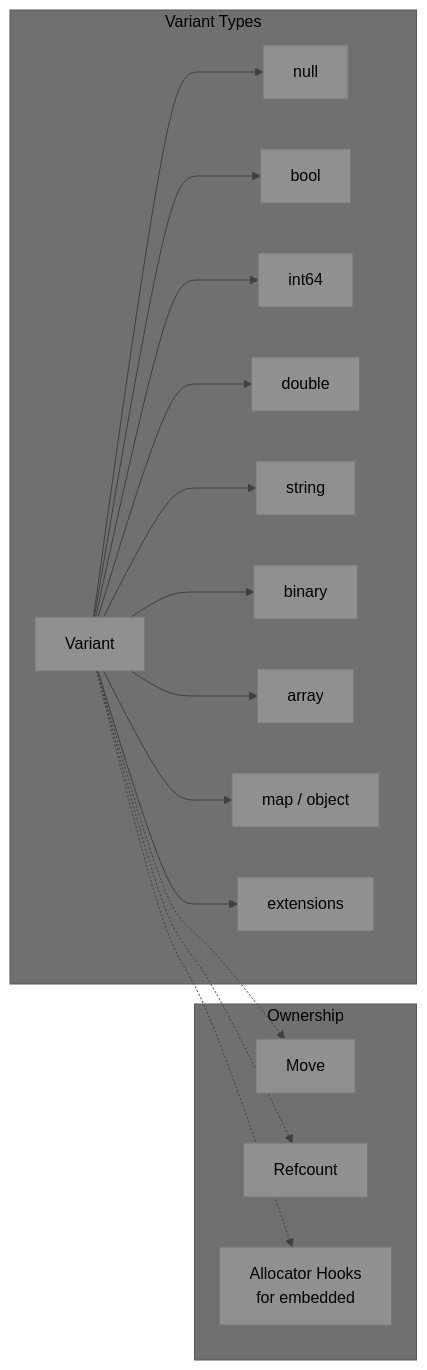
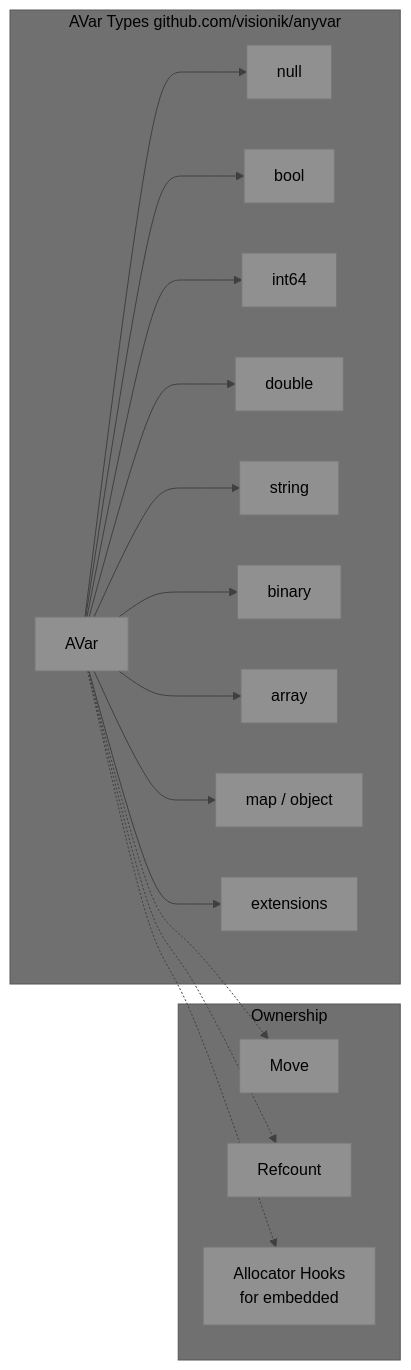
One commit to visionik/anyflux changed the third of 11 diagrams in README.md. Above: the diagram before and after it, drawn with Mermaid. The commit also changed other lines of this file, not shown here.

Commit message:
docs: adopt AnyVar (AVar) as canonical variant format, reference anyvar repo

````diff
--- a/README.md
+++ b/README.md
@@ -103,26 +103,26 @@
 ```mermaid
 %%{init: {'theme': 'base', 'themeVariables': { 'primaryColor': '#909090', 'secondaryColor': '#808080', 'tertiaryColor': '#707070', 'primaryTextColor': '#000000', 'secondaryTextColor': '#000000', 'tertiaryTextColor': '#000000', 'noteTextColor': '#000000', 'lineColor': '#404040' }}}%%
 graph LR
-    subgraph "Variant Types"
-        V[Variant]
+    subgraph "AVar Types  github.com/visionik/anyvar"
+        V[AVar]
         V --> N[null]
         V --> B[bool]
         V --> I[int64]
         V --> D[double]
         V --> S[string]
         V --> BN[binary]
         V --> A[array]
         V --> M[map / object]
         V --> X[extensions]
     end
 
     subgraph "Ownership"
         MV[Move]
         RC[Refcount]
         AH[Allocator Hooks<br/>for embedded]
     end
 
     V -.-> MV
     V -.-> RC
     V -.-> AH
 ```
````
